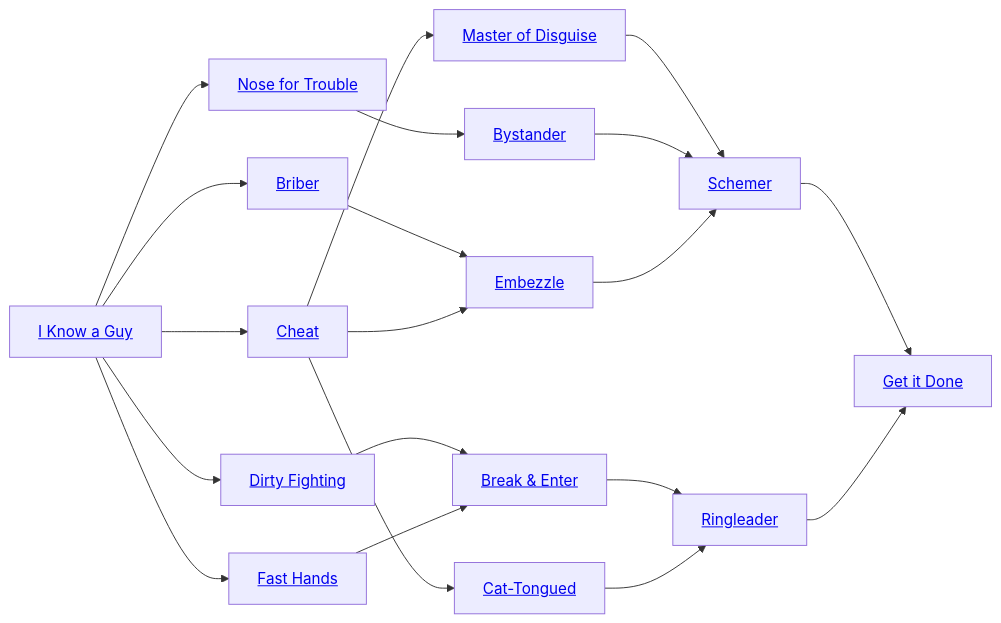
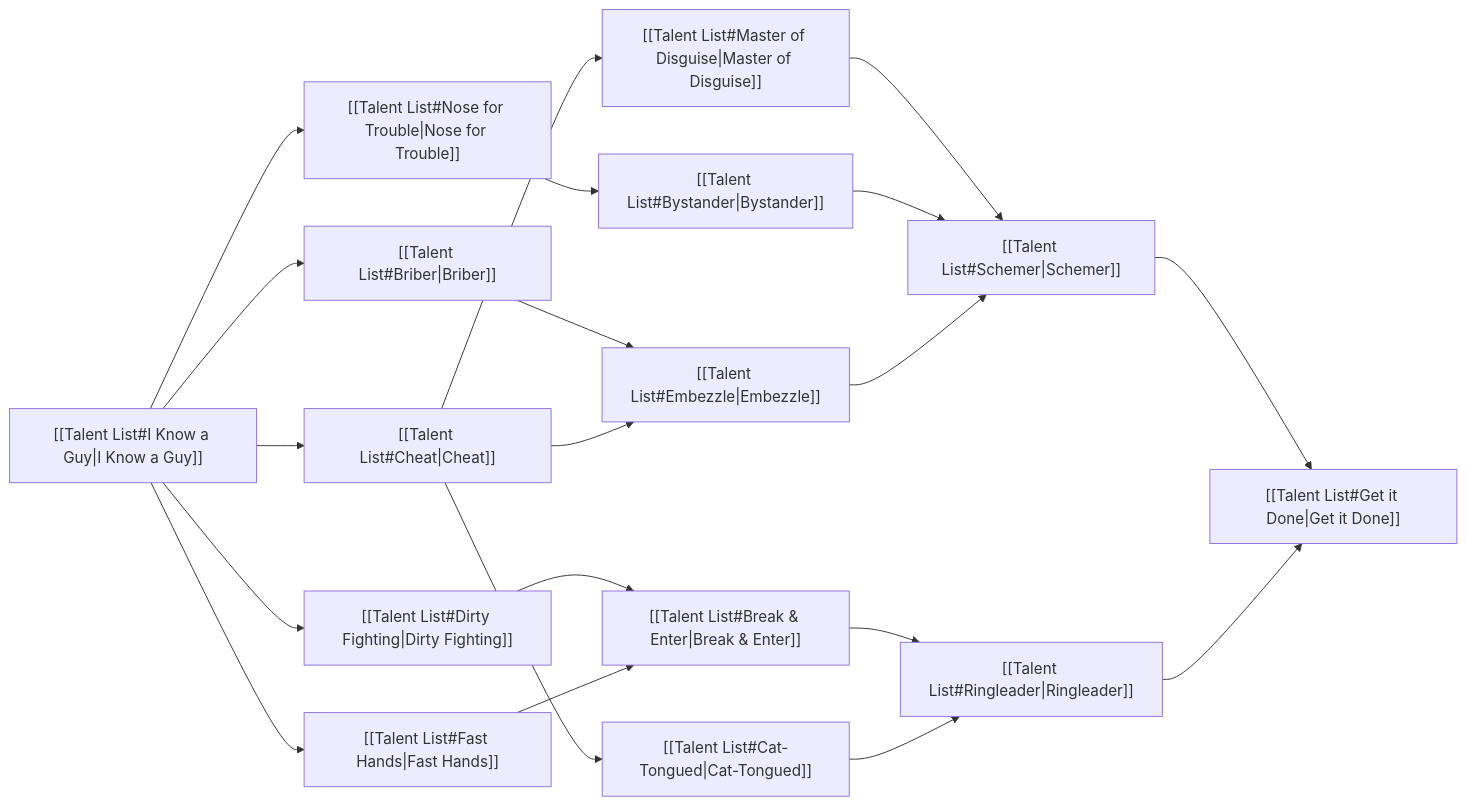
Before and after one commit to donutrj/verdigris: the fifth of 9 diagrams in quartz/content/Characters/Talents/Talent Trees.md, drawn with Mermaid. The commit also changed other lines of this file, not shown here.

First line of the commit message:
Fix Mermaid diagram links in Talent Trees

````diff
--- a/quartz/content/Characters/Talents/Talent Trees.md
+++ b/quartz/content/Characters/Talents/Talent Trees.md
@@ -139,40 +139,40 @@
 ``` mermaid
 graph LR
 
-A[<a class='internal-link is-unresolved' href='Talent List#Break & Enter'>Break & Enter</a>]
-B[<a class='internal-link is-unresolved' href='Talent List#Briber'>Briber</a>]
-C[<a class='internal-link is-unresolved' href='Talent List#Bystander'>Bystander</a>]
-D[<a class='internal-link is-unresolved' href='Talent List#Cat-Tongued'>Cat-Tongued</a>]
-E[<a class='internal-link is-unresolved' href='Talent List#Cheat'>Cheat</a>]
-F[<a class='internal-link is-unresolved' href='Talent List#Dirty Fighting'>Dirty Fighting</a>]
-G[<a class='internal-link is-unresolved' href='Talent List#Embezzle'>Embezzle</a>]
-H[<a class='internal-link is-unresolved' href='Talent List#Fast Hands'>Fast Hands</a>]
-I[<a class='internal-link is-unresolved' href='Talent List#Get it Done'>Get it Done</a>]
-J[<a class='internal-link is-unresolved' href='Talent List#I Know a Guy'>I Know a Guy</a>]
-K[<a class='internal-link is-unresolved' href='Talent List#Master of Disguise'>Master of Disguise</a>]
-L[<a class='internal-link is-unresolved' href='Talent List#Nose for Trouble'>Nose for Trouble</a>]
-M[<a class='internal-link is-unresolved' href='Talent List#Ringleader'>Ringleader</a>]
-O[<a class='internal-link is-unresolved' href='Talent List#Schemer'>Schemer</a>]
+A["[[Talent List#Break & Enter|Break & Enter]]"]
+B["[[Talent List#Briber|Briber]]"]
+C["[[Talent List#Bystander|Bystander]]"]
+D["[[Talent List#Cat-Tongued|Cat-Tongued]]"]
+E["[[Talent List#Cheat|Cheat]]"]
+F["[[Talent List#Dirty Fighting|Dirty Fighting]]"]
+G["[[Talent List#Embezzle|Embezzle]]"]
+H["[[Talent List#Fast Hands|Fast Hands]]"]
+I["[[Talent List#Get it Done|Get it Done]]"]
+J["[[Talent List#I Know a Guy|I Know a Guy]]"]
+K["[[Talent List#Master of Disguise|Master of Disguise]]"]
+L["[[Talent List#Nose for Trouble|Nose for Trouble]]"]
+M["[[Talent List#Ringleader|Ringleader]]"]
+O["[[Talent List#Schemer|Schemer]]"]
 
 J --> E
 J --> F
 J --> B
 J --> L
 E --> D
 B --> G
 F --> A
 L --> C
 E --> G
 K --> O
 C --> O
 G --> O
 O --> I
 M --> I
 A --> M
 D --> M
 J --> H
 H --> A
 E --> K
 
 
 ```
````
